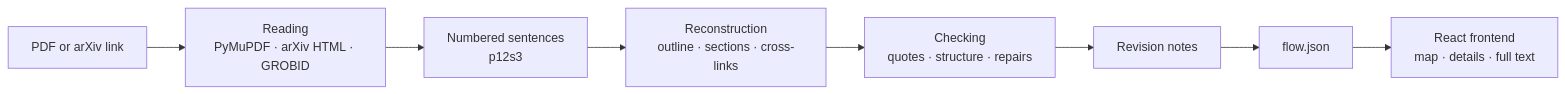
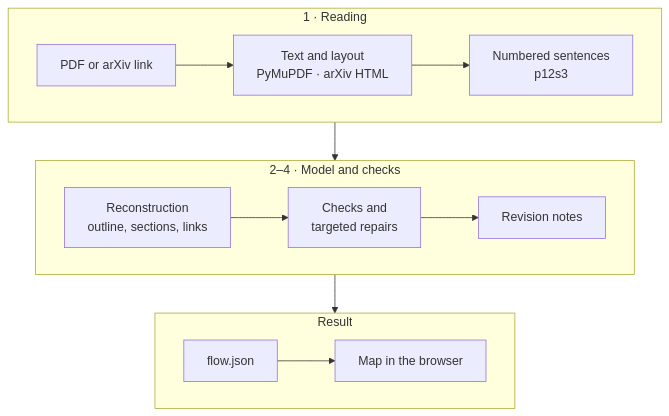
The diagram in README.md (YEKESONG/Visual_Reasoning_Maps), drawn with Mermaid before and after one commit. The commit also changed 3 other files, not shown here.

First line of the commit message:
docs: fit the README pipeline diagram to the page width [S22d]

````diff
--- a/README.md
+++ b/README.md
@@ -117,10 +117,16 @@
 ```mermaid
-flowchart LR
-    A["PDF or arXiv link"] --> B["Reading<br/>PyMuPDF · arXiv HTML · GROBID"]
-    B --> C["Numbered sentences<br/>p12s3"]
-    C --> D["Reconstruction<br/>outline · sections · cross-links"]
-    D --> E["Checking<br/>quotes · structure · repairs"]
-    E --> F["Revision notes"]
-    F --> G["flow.json"]
-    G --> H["React frontend<br/>map · details · full text"]
+flowchart TB
+    subgraph S1["1 · Reading"]
+        direction LR
+        A["PDF or arXiv link"] --> B["Text and layout<br/>PyMuPDF · arXiv HTML"] --> C["Numbered sentences<br/>p12s3"]
+    end
+    subgraph S2["2–4 · Model and checks"]
+        direction LR
+        D["Reconstruction<br/>outline, sections, links"] --> E["Checks and<br/>targeted repairs"] --> F["Revision notes"]
+    end
+    subgraph S3["Result"]
+        direction LR
+        G["flow.json"] --> H["Map in the browser"]
+    end
+    S1 --> S2 --> S3
 ```
````
